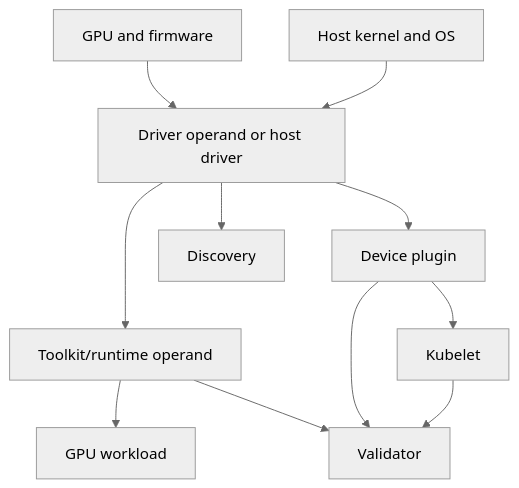
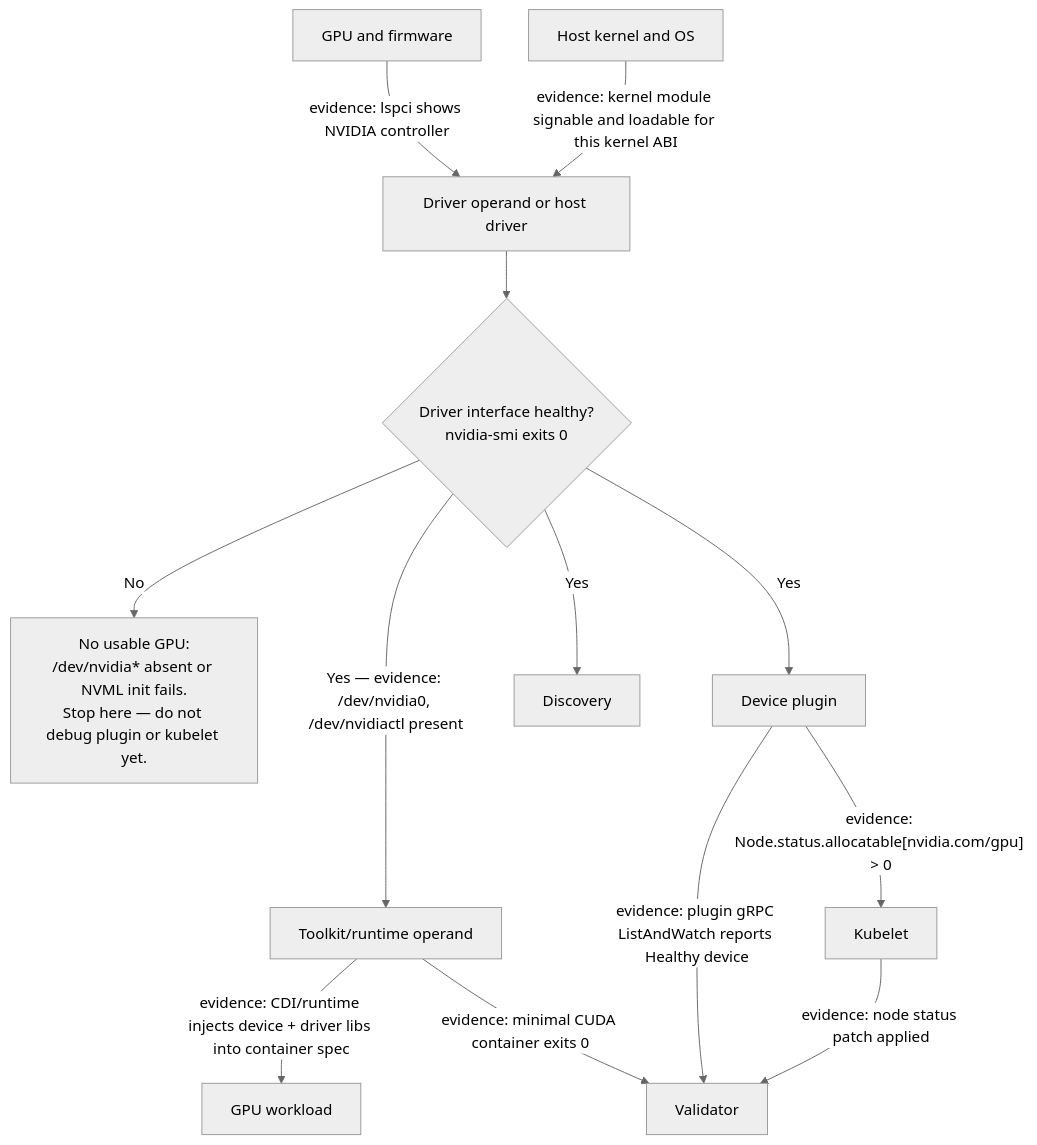
The diagram in docs/nvidia-zero-to-hero/volume-10/chapter-07-driver-containers-and-node-operands.md (jithinpnjm/nvidia-devops), drawn with Mermaid (neutral theme) before and after one commit. The commit also changed other lines of this file and 10 other files, not shown here.

````diff
--- a/docs/nvidia-zero-to-hero/volume-10/chapter-07-driver-containers-and-node-operands.md
+++ b/docs/nvidia-zero-to-hero/volume-10/chapter-07-driver-containers-and-node-operands.md
@@ -25,20 +25,27 @@
 ```mermaid
 flowchart TD
     Kernel[Host kernel and OS]
     GPU[GPU and firmware]
     Driver[Driver operand or host driver]
+    DriverOK{"Driver interface healthy?<br/>nvidia-smi exits 0"}
+    DriverDown["No usable GPU:<br/>/dev/nvidia* absent or NVML init fails.<br/>Stop here — do not debug plugin or kubelet yet."]
     Runtime[Toolkit/runtime operand]
     Plugin[Device plugin]
     Kubelet[Kubelet]
     Discovery[Discovery]
     Validation[Validator]
     Workload[GPU workload]
-    GPU --> Driver
-    Kernel --> Driver
-    Driver --> Runtime --> Workload
-    Driver --> Plugin --> Kubelet
-    Driver --> Discovery
-    Runtime --> Validation
-    Plugin --> Validation
-    Kubelet --> Validation
+
+    GPU -->|"evidence: lspci shows NVIDIA controller"| Driver
+    Kernel -->|"evidence: kernel module signable and loadable for this kernel ABI"| Driver
+    Driver --> DriverOK
+    DriverOK -->|"No"| DriverDown
+    DriverOK -->|"Yes — evidence: /dev/nvidia0, /dev/nvidiactl present"| Runtime
+    DriverOK -->|"Yes"| Plugin
+    DriverOK -->|"Yes"| Discovery
+    Runtime -->|"evidence: CDI/runtime injects device + driver libs into container spec"| Workload
+    Plugin -->|"evidence: Node.status.allocatable[nvidia.com/gpu] > 0"| Kubelet
+    Runtime -->|"evidence: minimal CUDA container exits 0"| Validation
+    Plugin -->|"evidence: plugin gRPC ListAndWatch reports Healthy device"| Validation
+    Kubelet -->|"evidence: node status patch applied"| Validation
 ```
````
